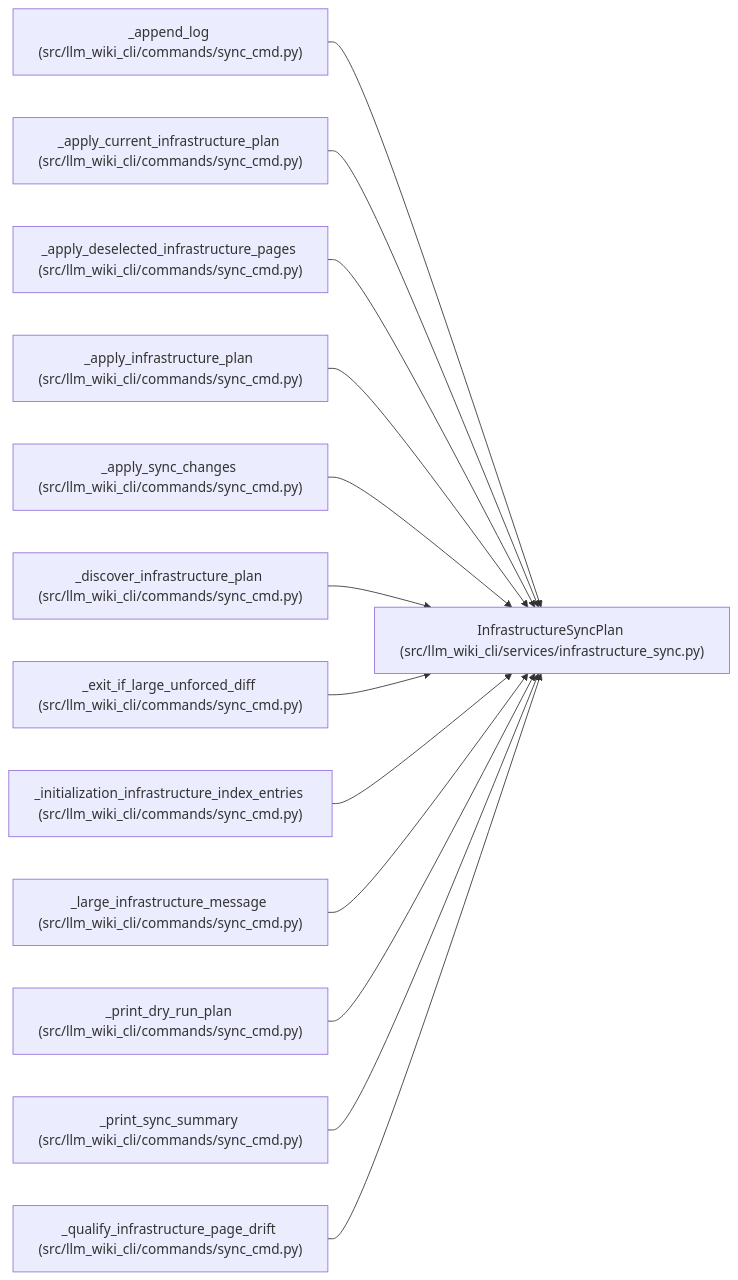
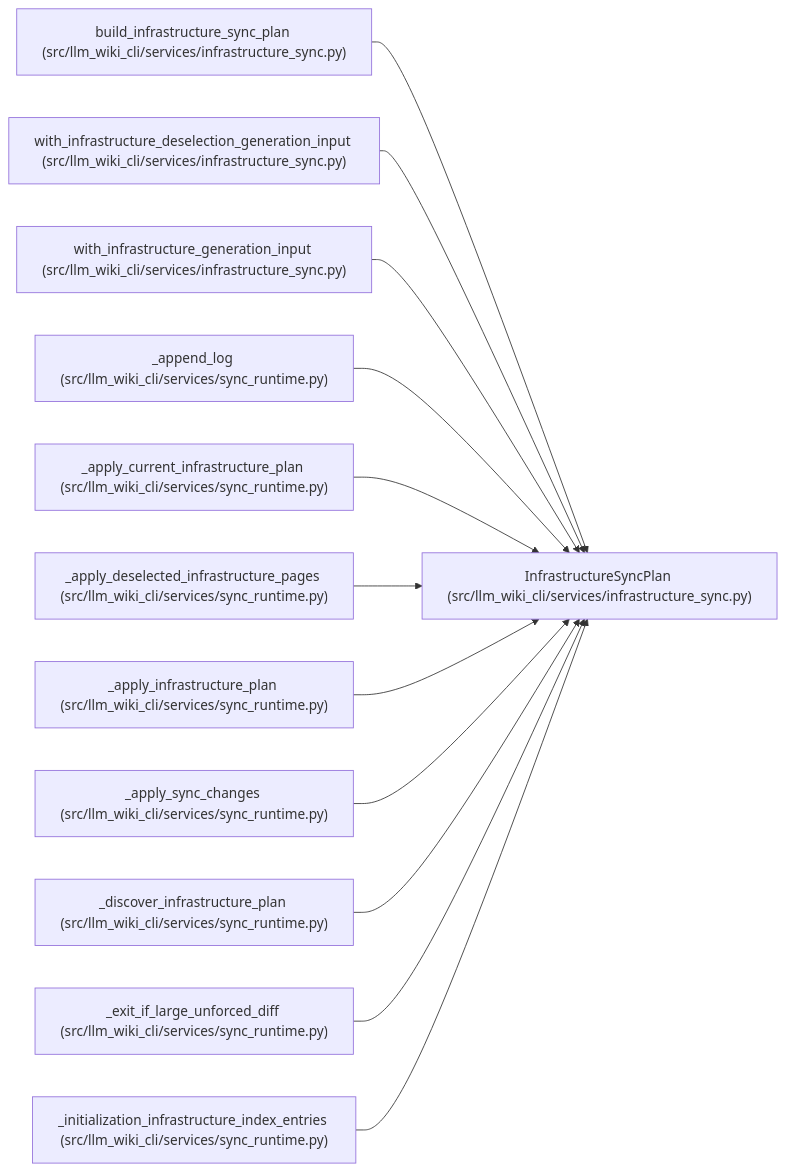
The diagram in docs/llm_wiki/entities/InfrastructureSyncPlan.md (Denissvgn/python-wiki-llm), drawn with Mermaid before and after one commit. The commit also changed other lines of this file and 1555 other files, not shown here.

````diff
--- a/docs/llm_wiki/entities/InfrastructureSyncPlan.md
+++ b/docs/llm_wiki/entities/InfrastructureSyncPlan.md
@@ -48,41 +48,38 @@
 ```mermaid
 flowchart LR
     n0["InfrastructureSyncPlan (src/llm_wiki_cli/services/infrastructure_sync.py)"]
-    n1["_append_log (src/llm_wiki_cli/commands/sync_cmd.py)"]
-    n2["_apply_current_infrastructure_plan (src/llm_wiki_cli/commands/sync_cmd.py)"]
-    n3["_apply_deselected_infrastructure_pages (src/llm_wiki_cli/commands/sync_cmd.py)"]
-    n4["_apply_infrastructure_plan (src/llm_wiki_cli/commands/sync_cmd.py)"]
-    n5["_apply_sync_changes (src/llm_wiki_cli/commands/sync_cmd.py)"]
-    n6["_discover_infrastructure_plan (src/llm_wiki_cli/commands/sync_cmd.py)"]
-    n7["_exit_if_large_unforced_diff (src/llm_wiki_cli/commands/sync_cmd.py)"]
-    n8["_initialization_infrastructure_index_entries (src/llm_wiki_cli/commands/sync_cmd.py)"]
-    n9["_large_infrastructure_message (src/llm_wiki_cli/commands/sync_cmd.py)"]
-    n10["_print_dry_run_plan (src/llm_wiki_cli/commands/sync_cmd.py)"]
-    n11["_print_sync_summary (src/llm_wiki_cli/commands/sync_cmd.py)"]
-    n12["_qualify_infrastructure_page_drift (src/llm_wiki_cli/commands/sync_cmd.py)"]
+    n1["build_infrastructure_sync_plan (src/llm_wiki_cli/services/infrastructure_sync.py)"]
+    n2["with_infrastructure_deselection_generation_input (src/llm_wiki_cli/services/infrastructure_sync.py)"]
+    n3["with_infrastructure_generation_input (src/llm_wiki_cli/services/infrastructure_sync.py)"]
+    n4["_append_log (src/llm_wiki_cli/services/sync_runtime.py)"]
+    n5["_apply_current_infrastructure_plan (src/llm_wiki_cli/services/sync_runtime.py)"]
+    n6["_apply_deselected_infrastructure_pages (src/llm_wiki_cli/services/sync_runtime.py)"]
+    n7["_apply_infrastructure_plan (src/llm_wiki_cli/services/sync_runtime.py)"]
+    n8["_apply_sync_changes (src/llm_wiki_cli/services/sync_runtime.py)"]
+    n9["_discover_infrastructure_plan (src/llm_wiki_cli/services/sync_runtime.py)"]
+    n10["_exit_if_large_unforced_diff (src/llm_wiki_cli/services/sync_runtime.py)"]
+    n11["_initialization_infrastructure_index_entries (src/llm_wiki_cli/services/sync_runtime.py)"]
     n1 --> n0
     n2 --> n0
     n3 --> n0
     n4 --> n0
     n5 --> n0
     n6 --> n0
     n7 --> n0
     n8 --> n0
     n9 --> n0
     n10 --> n0
     n11 --> n0
-    n12 --> n0
     click n0 "../modules/infrastructure_sync.md"
-    click n1 "../modules/sync_cmd.md"
-    click n2 "../modules/sync_cmd.md"
-    click n3 "../modules/sync_cmd.md"
-    click n4 "../modules/sync_cmd.md"
-    click n5 "../modules/sync_cmd.md"
-    click n6 "../modules/sync_cmd.md"
-    click n7 "../modules/sync_cmd.md"
-    click n8 "../modules/sync_cmd.md"
-    click n9 "../modules/sync_cmd.md"
-    click n10 "../modules/sync_cmd.md"
-    click n11 "../modules/sync_cmd.md"
-    click n12 "../modules/sync_cmd.md"
+    click n1 "../modules/infrastructure_sync.md"
+    click n2 "../modules/infrastructure_sync.md"
+    click n3 "../modules/infrastructure_sync.md"
+    click n4 "../modules/sync_runtime.md"
+    click n5 "../modules/sync_runtime.md"
+    click n6 "../modules/sync_runtime.md"
+    click n7 "../modules/sync_runtime.md"
+    click n8 "../modules/sync_runtime.md"
+    click n9 "../modules/sync_runtime.md"
+    click n10 "../modules/sync_runtime.md"
+    click n11 "../modules/sync_runtime.md"
 ```
````
